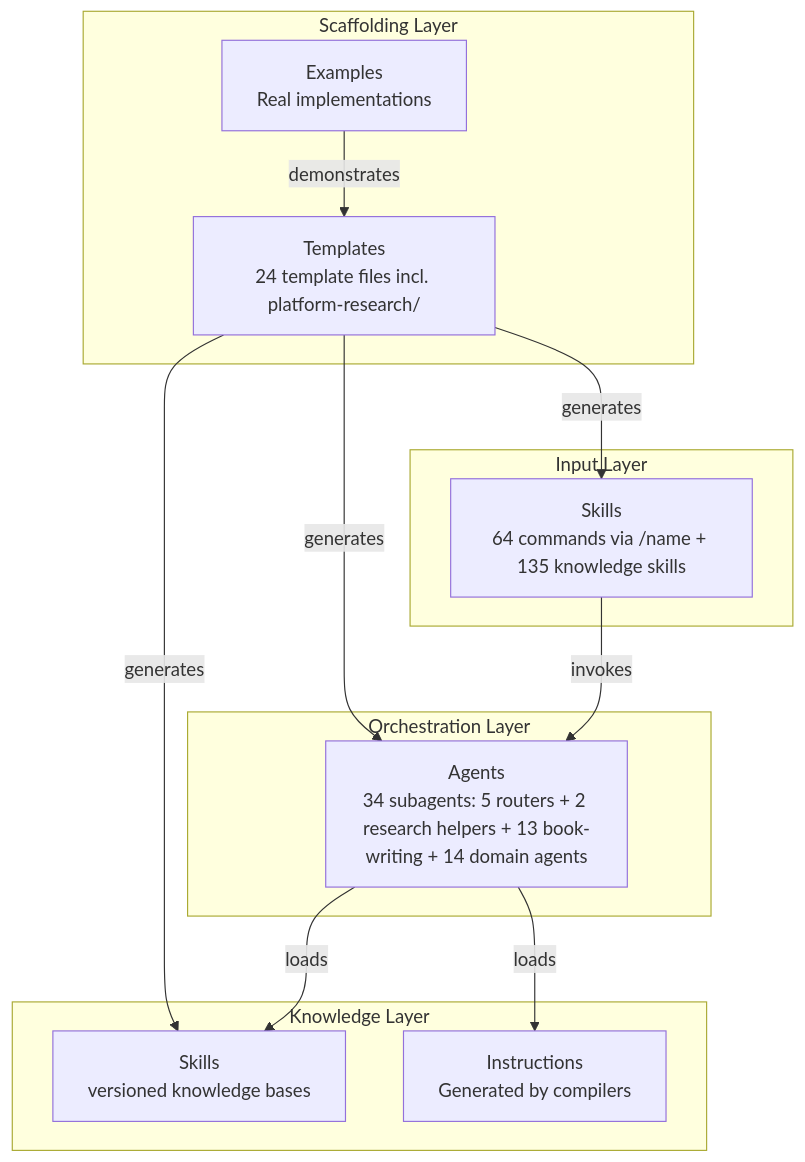
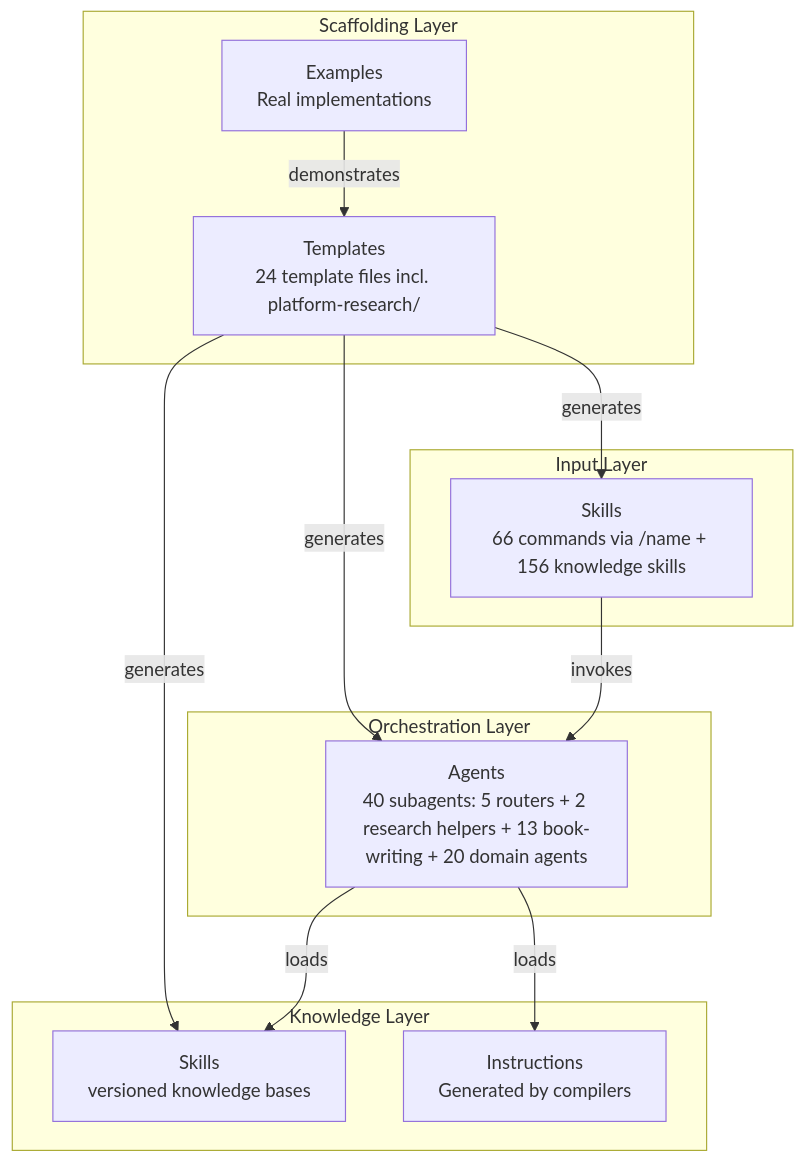
One commit to rodrigo-mendes/agents-factory changed the second of 5 diagrams in docs/visao-geral.md. Above: the diagram before and after it, drawn with Mermaid. The commit also changed 7 other files, not shown here.

````diff
--- a/docs/visao-geral.md
+++ b/docs/visao-geral.md
@@ -24,28 +24,28 @@
 ```mermaid
 graph TD
     subgraph "Input Layer"
-        P[Skills<br/>64 commands via /name + 135 knowledge skills]
+        P[Skills<br/>66 commands via /name + 156 knowledge skills]
     end
 
     subgraph "Orchestration Layer"
-        AG[Agents<br/>34 subagents: 5 routers + 2 research helpers + 13 book-writing + 14 domain agents]
+        AG[Agents<br/>40 subagents: 5 routers + 2 research helpers + 13 book-writing + 20 domain agents]
     end
 
     subgraph "Knowledge Layer"
         S[Skills<br/>versioned knowledge bases]
         I[Instructions<br/>Generated by compilers]
     end
 
     subgraph "Scaffolding Layer"
         T[Templates<br/>24 template files incl. platform-research/]
         E[Examples<br/>Real implementations]
     end
 
     P -->|invokes| AG
     AG -->|loads| S
     AG -->|loads| I
     T -->|generates| P
     T -->|generates| AG
     T -->|generates| S
     E -->|demonstrates| T
 ```
````
